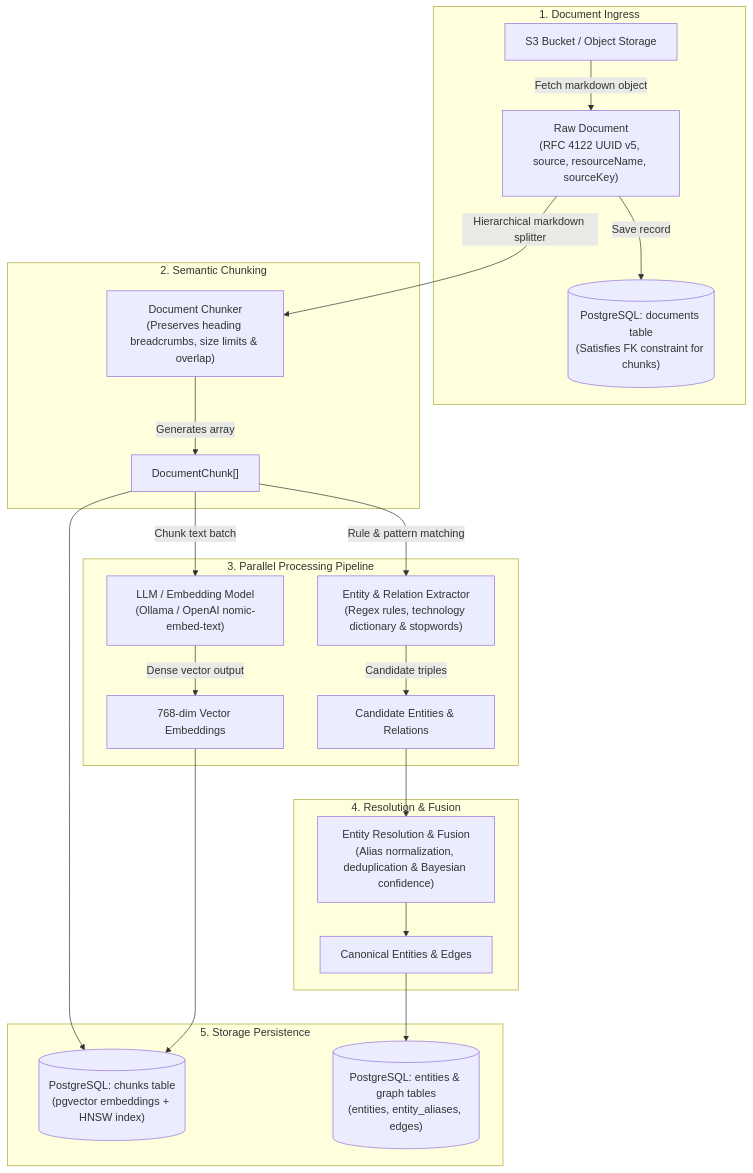
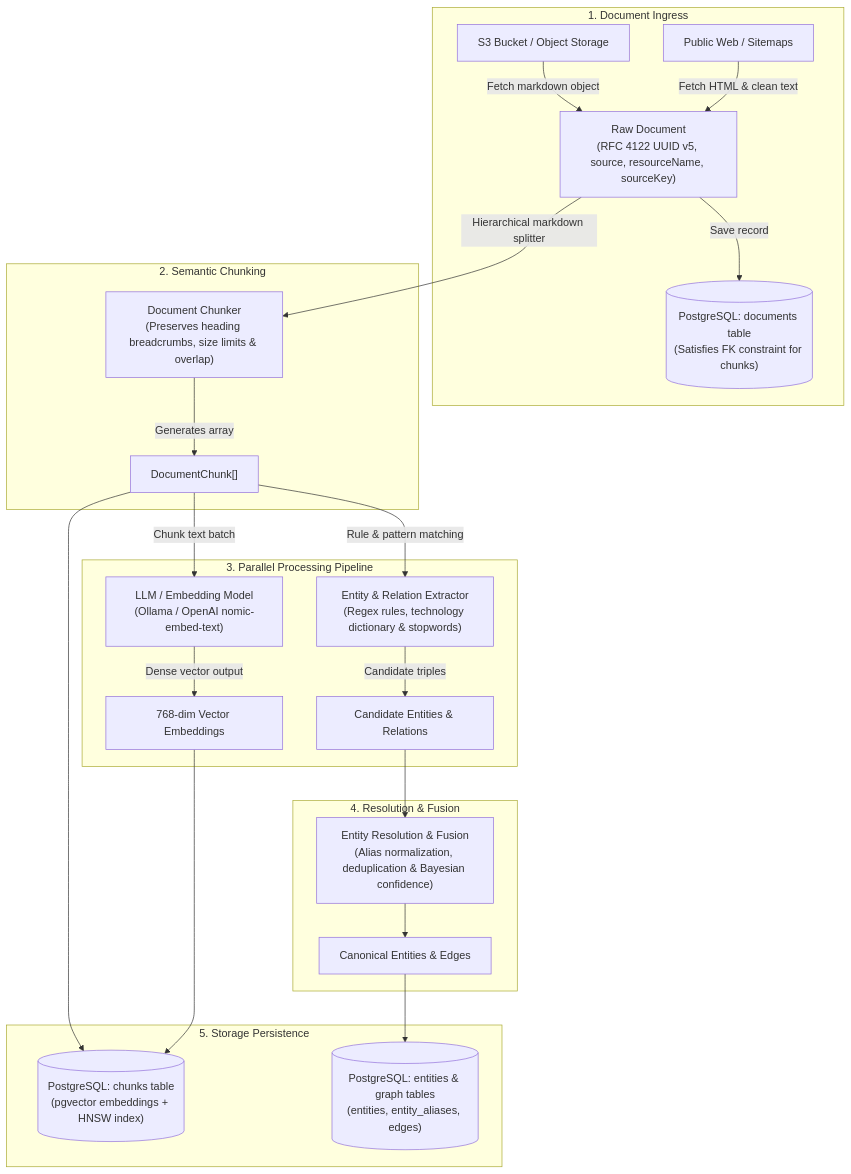
Before and after one commit to justcoon/golem-kgs-effect: the second of 2 diagrams in README.md, drawn with Mermaid. The commit also changed other lines of this file and 52 other files, not shown here.

````diff
--- a/README.md
+++ b/README.md
@@ -59,31 +72,32 @@
 ```mermaid
 flowchart TD
     subgraph Ingress["1. Document Ingress"]
         S3["S3 Bucket / Object Storage"] -->|"Fetch markdown object"| RawDoc["Raw Document<br/>(RFC 4122 UUID v5, source, resourceName, sourceKey)"]
+        Web["Public Web / Sitemaps"] -->|"Fetch HTML & clean text"| RawDoc
         RawDoc -->|"Save record"| DocDB[("PostgreSQL: documents table<br/>(Satisfies FK constraint for chunks)")]
     end
 
     subgraph Chunking["2. Semantic Chunking"]
         RawDoc -->|"Hierarchical markdown splitter"| Chunker["Document Chunker<br/>(Preserves heading breadcrumbs, size limits & overlap)"]
         Chunker -->|"Generates array"| Chunks["DocumentChunk[]"]
     end
 
     subgraph Processing["3. Parallel Processing Pipeline"]
         Chunks -->|"Chunk text batch"| LLM["LLM / Embedding Model<br/>(Ollama / OpenAI nomic-embed-text)"]
         LLM -->|"Dense vector output"| Vectors["768-dim Vector Embeddings"]
 
         Chunks -->|"Rule & pattern matching"| Extractor["Entity & Relation Extractor<br/>(Regex rules, technology dictionary & stopwords)"]
         Extractor -->|"Candidate triples"| Triples["Candidate Entities & Relations"]
     end
 
     subgraph Resolution["4. Resolution & Fusion"]
         Triples --> Fusion["Entity Resolution & Fusion<br/>(Alias normalization, deduplication & Bayesian confidence)"]
         Fusion --> CanonicalGraph["Canonical Entities & Edges"]
     end
 
     subgraph Persistence["5. Storage Persistence"]
         Chunks --> ChunkDB[("PostgreSQL: chunks table<br/>(pgvector embeddings + HNSW index)")]
         Vectors --> ChunkDB
         CanonicalGraph --> GraphDB[("PostgreSQL: entities & graph tables<br/>(entities, entity_aliases, edges)")]
     end
 ```
````
